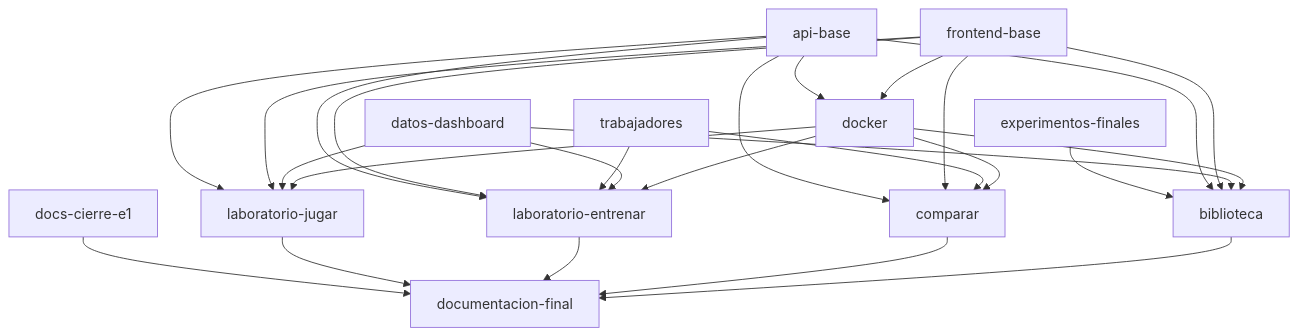
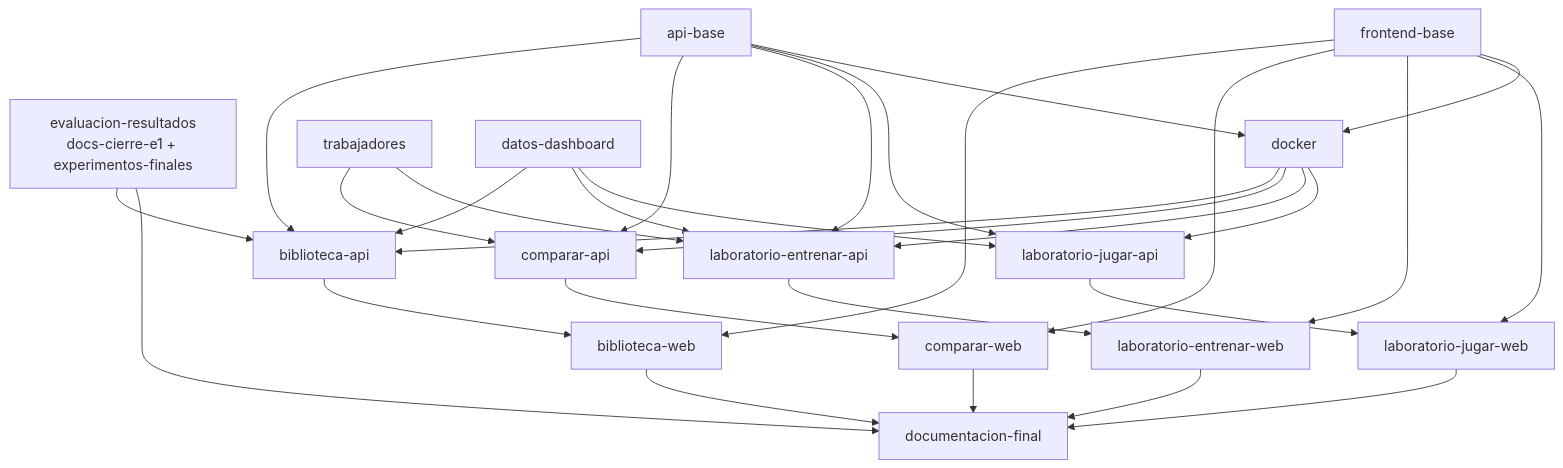
The second of 2 diagrams in docs/plan-e2.md (Ibonerdoiza2004/tiiac-proyecto), drawn with Mermaid before and after one commit. The commit also changed other lines of this file and 27 other files, not shown here.

Commit message:
Implementacion laboratorio jugar

````diff
--- a/docs/plan-e2.md
+++ b/docs/plan-e2.md
@@ -122,16 +141,20 @@
 ```mermaid
 flowchart TD
-    A[docs-cierre-e1] --> L[documentacion-final]
-    B[experimentos-finales] --> K
+    A[evaluacion-resultados<br>docs-cierre-e1 + experimentos-finales] --> L[documentacion-final]
+    A --> K1
     C[api-base] --> G[docker]
     D[frontend-base] --> G
-    C --> H & I & J & K
-    D --> H & I & J & K
-    E[trabajadores] --> I & J
-    F[datos-dashboard] --> H & I & K
-    G --> H[laboratorio-jugar]
-    G --> I[laboratorio-entrenar]
-    G --> J[comparar]
-    G --> K[biblioteca]
-    H & I & J & K --> L
+    C --> H1 & I1 & J1 & K1
+    D --> H2 & I2 & J2 & K2
+    E[trabajadores] --> I1 & J1
+    F[datos-dashboard] --> H1 & I1 & K1
+    G --> H1[laboratorio-jugar-api]
+    G --> I1[laboratorio-entrenar-api]
+    G --> J1[comparar-api]
+    G --> K1[biblioteca-api]
+    H1 --> H2[laboratorio-jugar-web]
+    I1 --> I2[laboratorio-entrenar-web]
+    J1 --> J2[comparar-web]
+    K1 --> K2[biblioteca-web]
+    H2 & I2 & J2 & K2 --> L
 ```
````
